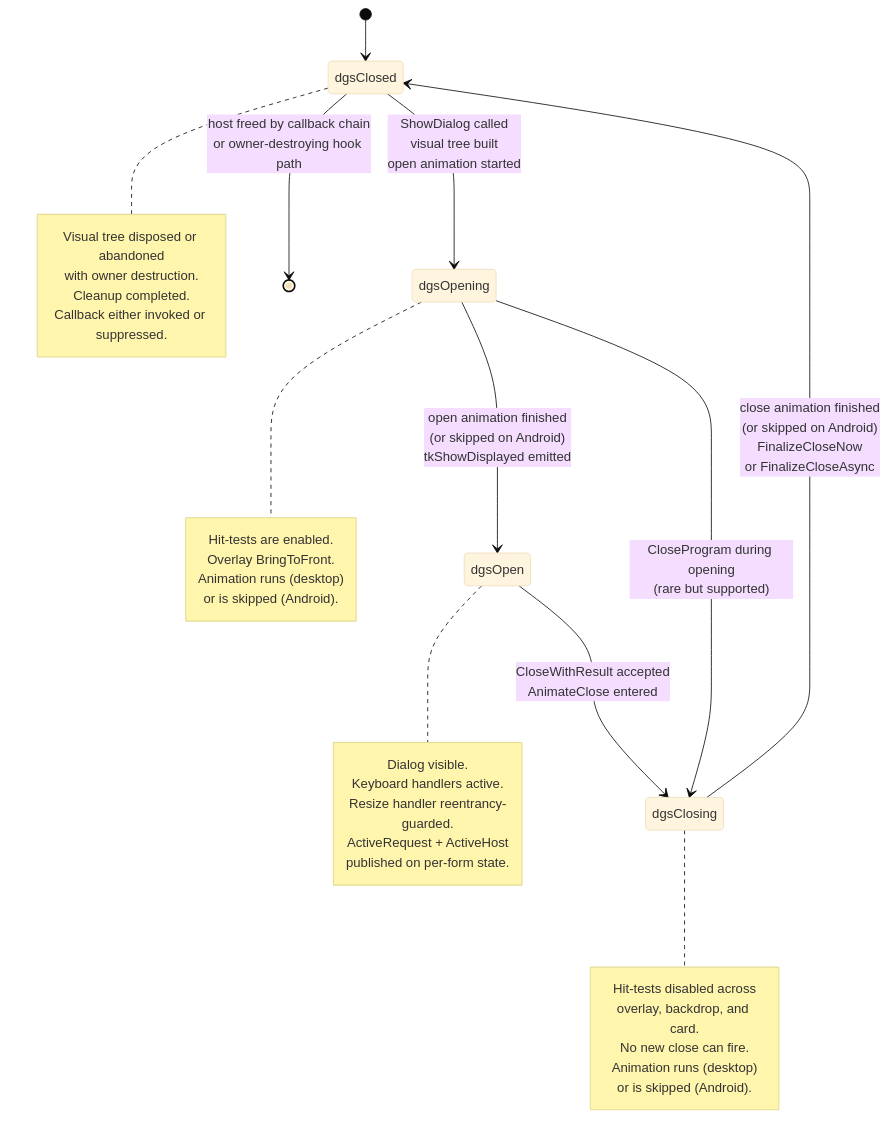
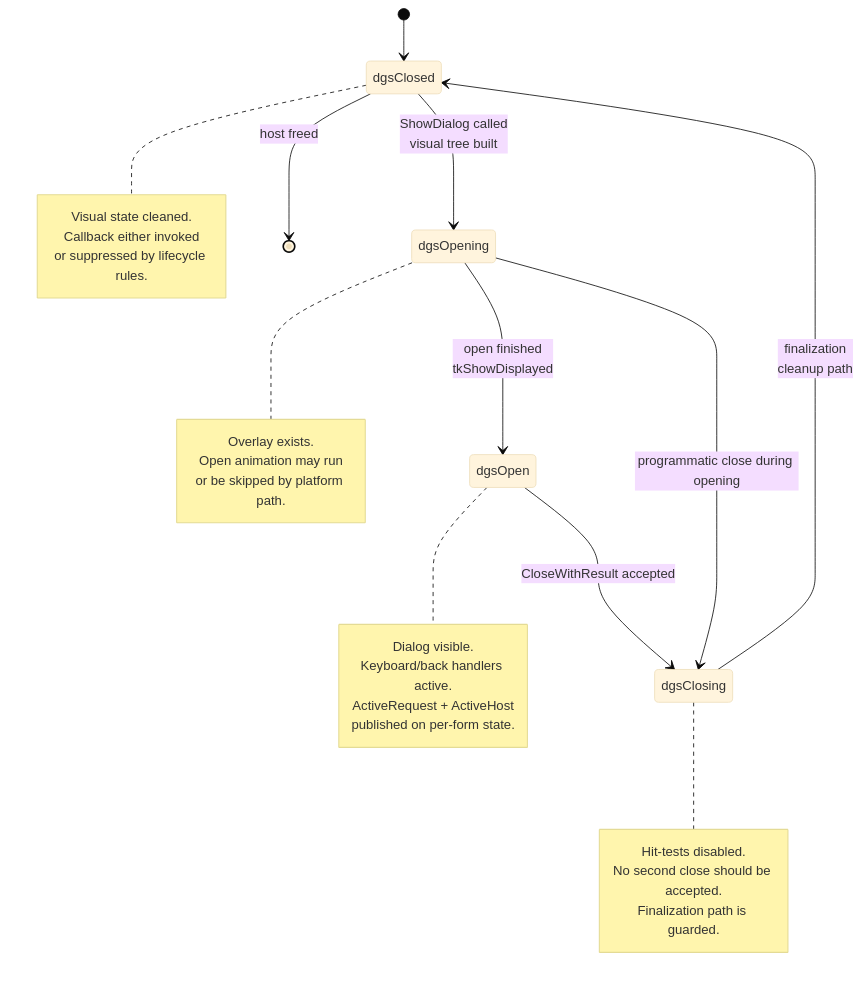
The fourth of 7 diagrams in docs/Architecture.md (eduardoparaujo/Dialog4D), drawn with Mermaid (base theme) before and after one commit. The commit also changed other lines of this file and 23 other files, not shown here.

````diff
--- a/docs/Architecture.md
+++ b/docs/Architecture.md
@@ -261,44 +398,39 @@
 ```mermaid
 stateDiagram-v2
     [*] --> dgsClosed
 
-    dgsClosed --> dgsOpening : ShowDialog called<br/>visual tree built<br/>open animation started
-    dgsOpening --> dgsOpen : open animation finished<br/>(or skipped on Android)<br/>tkShowDisplayed emitted
+    dgsClosed --> dgsOpening : ShowDialog called<br/>visual tree built
+    dgsOpening --> dgsOpen : open finished<br/>tkShowDisplayed
 
-    dgsOpen --> dgsClosing : CloseWithResult accepted<br/>AnimateClose entered
-    dgsOpening --> dgsClosing : CloseProgram during opening<br/>(rare but supported)
+    dgsOpen --> dgsClosing : CloseWithResult accepted
+    dgsOpening --> dgsClosing : programmatic close during opening
 
-    dgsClosing --> dgsClosed : close animation finished<br/>(or skipped on Android)<br/>FinalizeCloseNow<br/>or FinalizeCloseAsync
+    dgsClosing --> dgsClosed : finalization<br/>cleanup path
 
-    dgsClosed --> [*] : host freed by callback chain<br/>or owner-destroying hook path
+    dgsClosed --> [*] : host freed
 
     note right of dgsOpening
-      Hit-tests are enabled.
-      Overlay BringToFront.
-      Animation runs (desktop)
-      or is skipped (Android).
+      Overlay exists.
+      Open animation may run
+      or be skipped by platform path.
     end note
 
     note right of dgsOpen
       Dialog visible.
-      Keyboard handlers active.
-      Resize handler reentrancy-guarded.
+      Keyboard/back handlers active.
       ActiveRequest + ActiveHost
       published on per-form state.
     end note
 
     note right of dgsClosing
-      Hit-tests disabled across
-      overlay, backdrop, and card.
-      No new close can fire.
-      Animation runs (desktop)
-      or is skipped (Android).
+      Hit-tests disabled.
+      No second close should be accepted.
+      Finalization path is guarded.
     end note
 
     note right of dgsClosed
-      Visual tree disposed or abandoned
-      with owner destruction.
-      Cleanup completed.
-      Callback either invoked or suppressed.
+      Visual state cleaned.
+      Callback either invoked
+      or suppressed by lifecycle rules.
     end note
 ```
````
